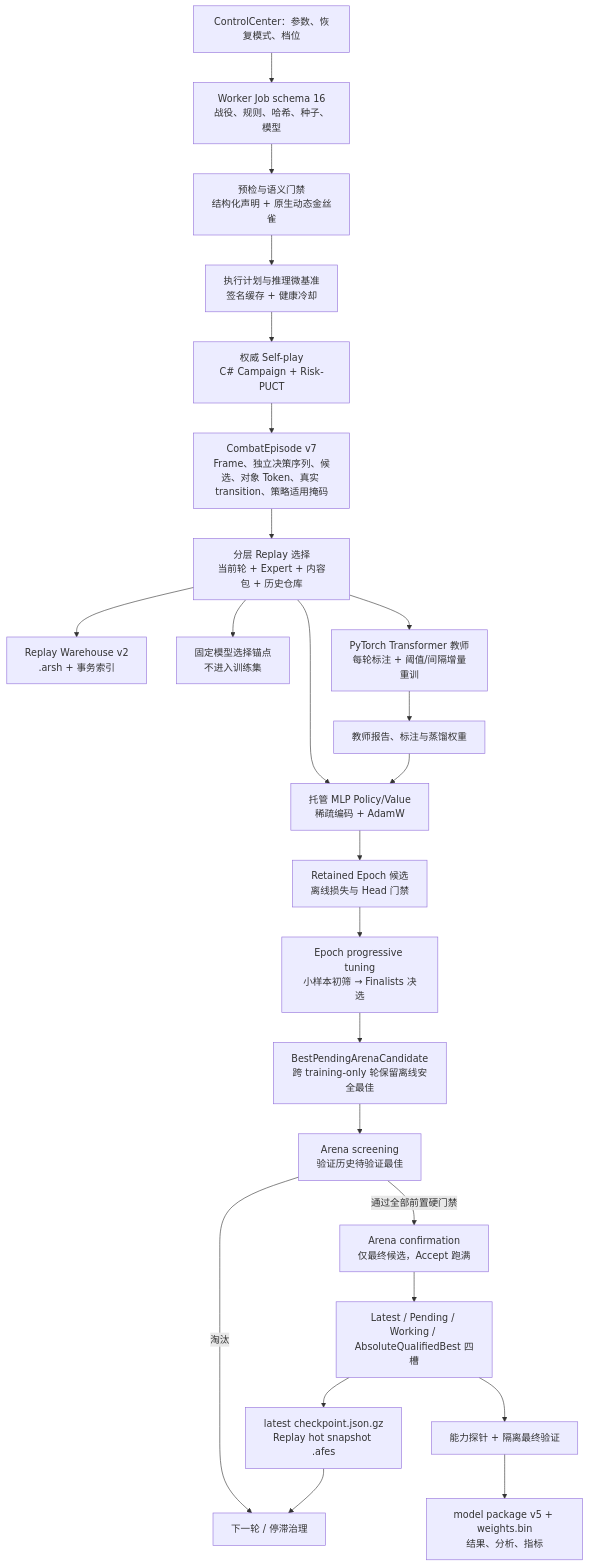
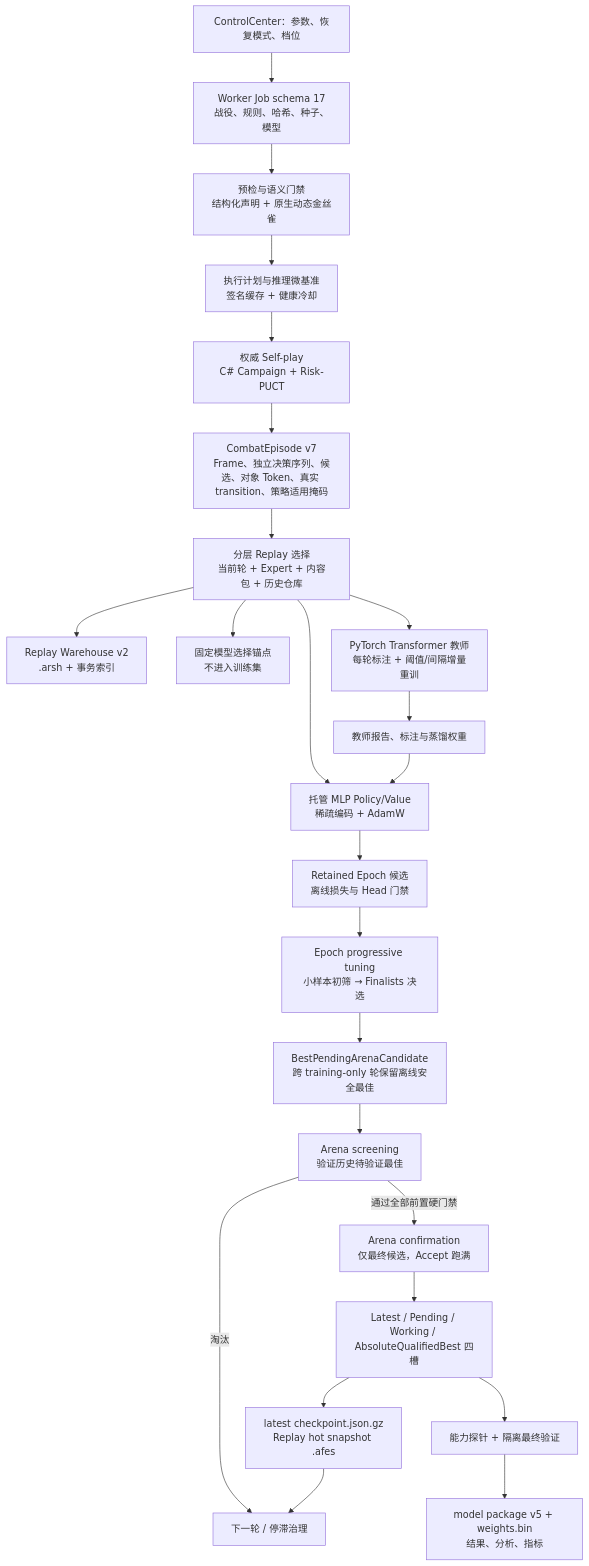
One commit to AuraKaliya/apocalyptic-journey-mod-SunExp changed the diagram in docs/AuraCombatAI/13-独立底模训练器数据流与优化优先级.md. Above: the diagram before and after it, drawn with Mermaid. The commit also changed other lines of this file and 235 other files, not shown here.

````diff
--- a/docs/AuraCombatAI/13-独立底模训练器数据流与优化优先级.md
+++ b/docs/AuraCombatAI/13-独立底模训练器数据流与优化优先级.md
@@ -43,26 +43,26 @@
 ```mermaid
 flowchart TD
-    UI["ControlCenter：参数、恢复模式、档位"] --> JOB["Worker Job schema 16\n战役、规则、哈希、种子、模型"]
+    UI["ControlCenter：参数、恢复模式、档位"] --> JOB["Worker Job schema 17\n战役、规则、哈希、种子、模型"]
     JOB --> PREFLIGHT["预检与语义门禁\n结构化声明 + 原生动态金丝雀"]
     PREFLIGHT --> CAL["执行计划与推理微基准\n签名缓存 + 健康冷却"]
     CAL --> SELFPLAY["权威 Self-play\nC# Campaign + Risk-PUCT"]
     SELFPLAY --> EP["CombatEpisode v7\nFrame、独立决策序列、候选、对象 Token、真实 transition、策略适用掩码"]
     EP --> REPLAY["分层 Replay 选择\n当前轮 + Expert + 内容包 + 历史仓库"]
     REPLAY --> WAREHOUSE["Replay Warehouse v2\n.arsh + 事务索引"]
     REPLAY --> ANCHOR["固定模型选择锚点\n不进入训练集"]
     REPLAY --> TEACHER["PyTorch Transformer 教师\n每轮标注 + 阈值/间隔增量重训"]
     REPLAY --> MLP["托管 MLP Policy/Value\n稀疏编码 + AdamW"]
     TEACHER --> DISTILL["教师报告、标注与蒸馏权重"]
     DISTILL --> MLP
     MLP --> EPOCHS["Retained Epoch 候选\n离线损失与 Head 门禁"]
     EPOCHS --> TUNE["Epoch progressive tuning\n小样本初筛 → Finalists 决选"]
     TUNE --> PENDING["BestPendingArenaCandidate\n跨 training-only 轮保留离线安全最佳"]
     PENDING --> SCREEN["Arena screening\n验证历史待验证最佳"]
     SCREEN -->|"通过全部前置硬门禁"| CONFIRM["Arena confirmation\n仅最终候选，Accept 跑满"]
     SCREEN -->|"淘汰"| NEXT["下一轮 / 停滞治理"]
     CONFIRM --> PROMOTE["Latest / Pending / Working / AbsoluteQualifiedBest 四槽"]
     PROMOTE --> CKPT["latest checkpoint.json.gz\nReplay hot snapshot .afes"]
     CKPT --> NEXT
     PROMOTE --> FINAL["能力探针 + 隔离最终验证"]
     FINAL --> PACKAGE["model package v5 + weights.bin\n结果、分析、指标"]
 ```
````
